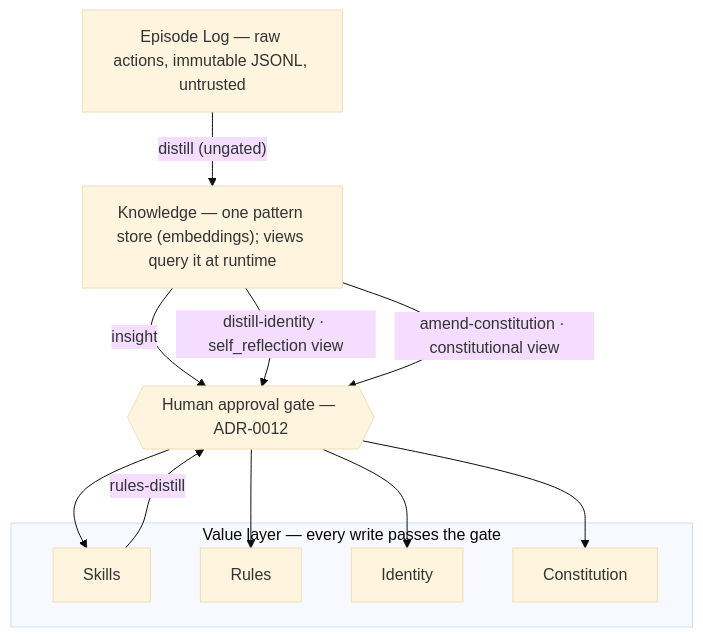
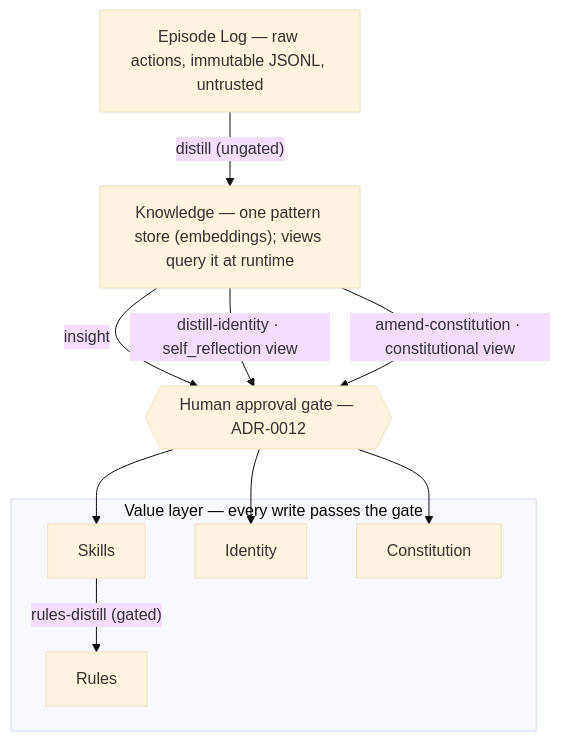
The diagram in README.md (shimo4228/contemplative-agent), drawn with Mermaid (base theme) before and after one commit. The commit also changed other lines of this file and 1 other file, not shown here.

Commit message:
fix(docs): untangle rules-distill edge in How It Works diagram — gated edge drawn inside the value layer, gate fact carried by caption + text equivalent

````diff
--- a/README.md
+++ b/README.md
@@ -44,21 +44,18 @@
 ```mermaid
 graph TD
     EL["Episode Log — raw actions, immutable JSONL, untrusted"]
     K["Knowledge — one pattern store (embeddings); views query it at runtime"]
     G{{"Human approval gate — ADR-0012"}}
     EL -->|"distill (ungated)"| K
     K -->|insight| G
     K -->|"distill-identity · self_reflection view"| G
     K -->|"amend-constitution · constitutional view"| G
-    Skills -->|rules-distill| G
     subgraph VL["Value layer — every write passes the gate"]
-        Skills
-        Rules
+        Skills -->|"rules-distill (gated)"| Rules
         Identity
         Constitution
     end
     G --> Skills
-    G --> Rules
     G --> Identity
     G --> Constitution
 ```
````
